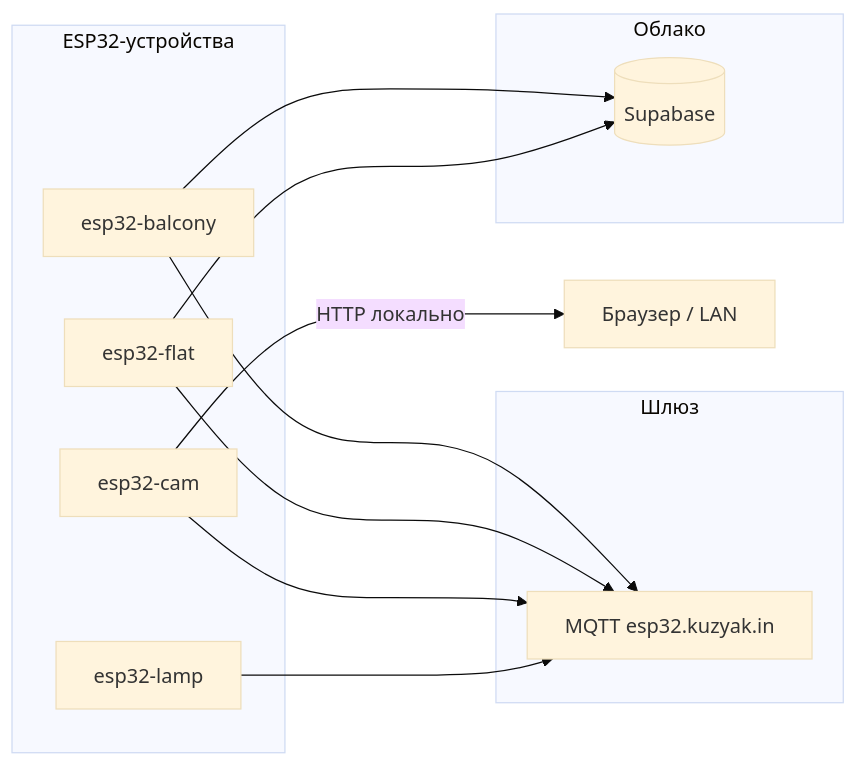
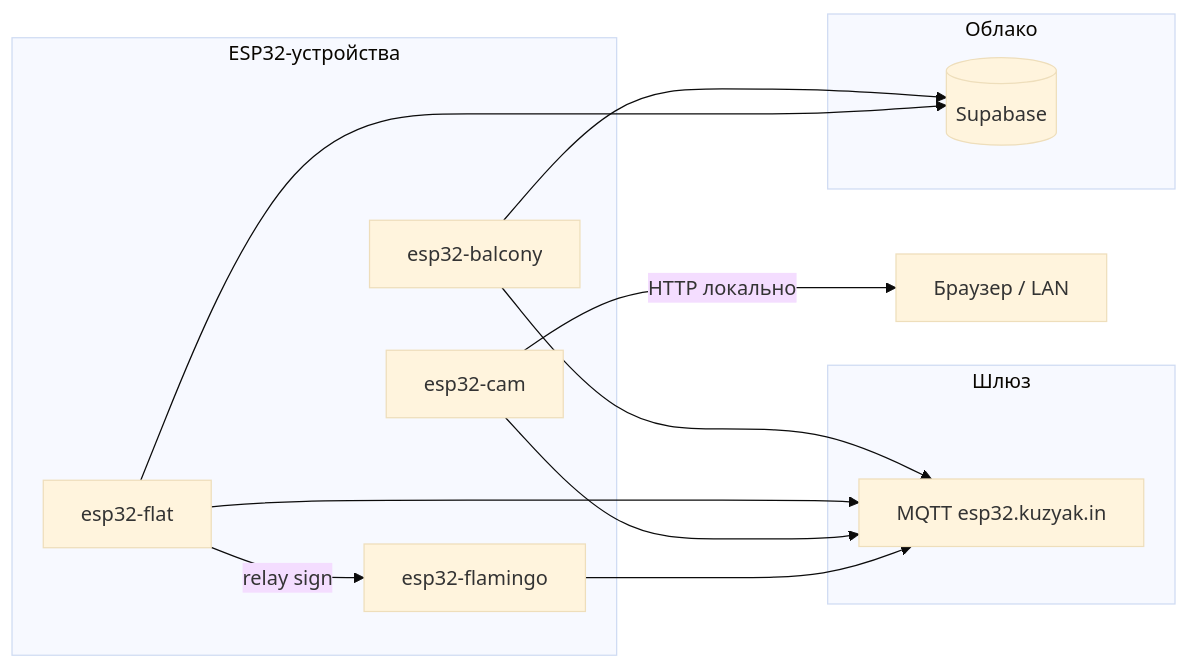
Before and after one commit to iposho/arduino: the diagram in README.md, drawn with Mermaid (base theme). The commit also changed other lines of this file and 18 other files, not shown here.

````diff
--- a/README.md
+++ b/README.md
@@ -9,25 +9,26 @@
 ```mermaid
 flowchart LR
   subgraph devices [ESP32-устройства]
     B[esp32-balcony]
     F[esp32-flat]
     C[esp32-cam]
-    L[esp32-lamp]
+    FG[esp32-flamingo]
   end
 
   subgraph hub [Шлюз]
   M[MQTT esp32.kuzyak.in]
   end
 
   subgraph cloud [Облако]
   S[(Supabase)]
   end
 
   B --> M
   F --> M
   C --> M
-  L --> M
+  FG --> M
+  F -->|relay sign| FG
   B --> S
   F --> S
   C -->|HTTP локально| U[Браузер / LAN]
 ```
````
